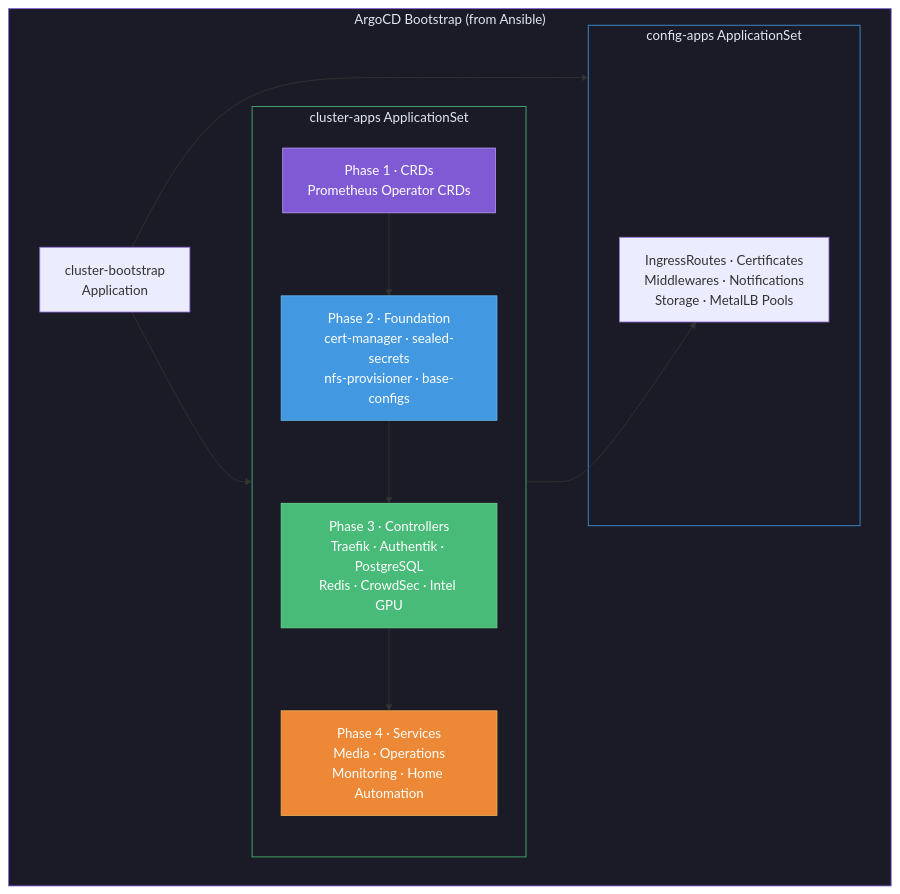
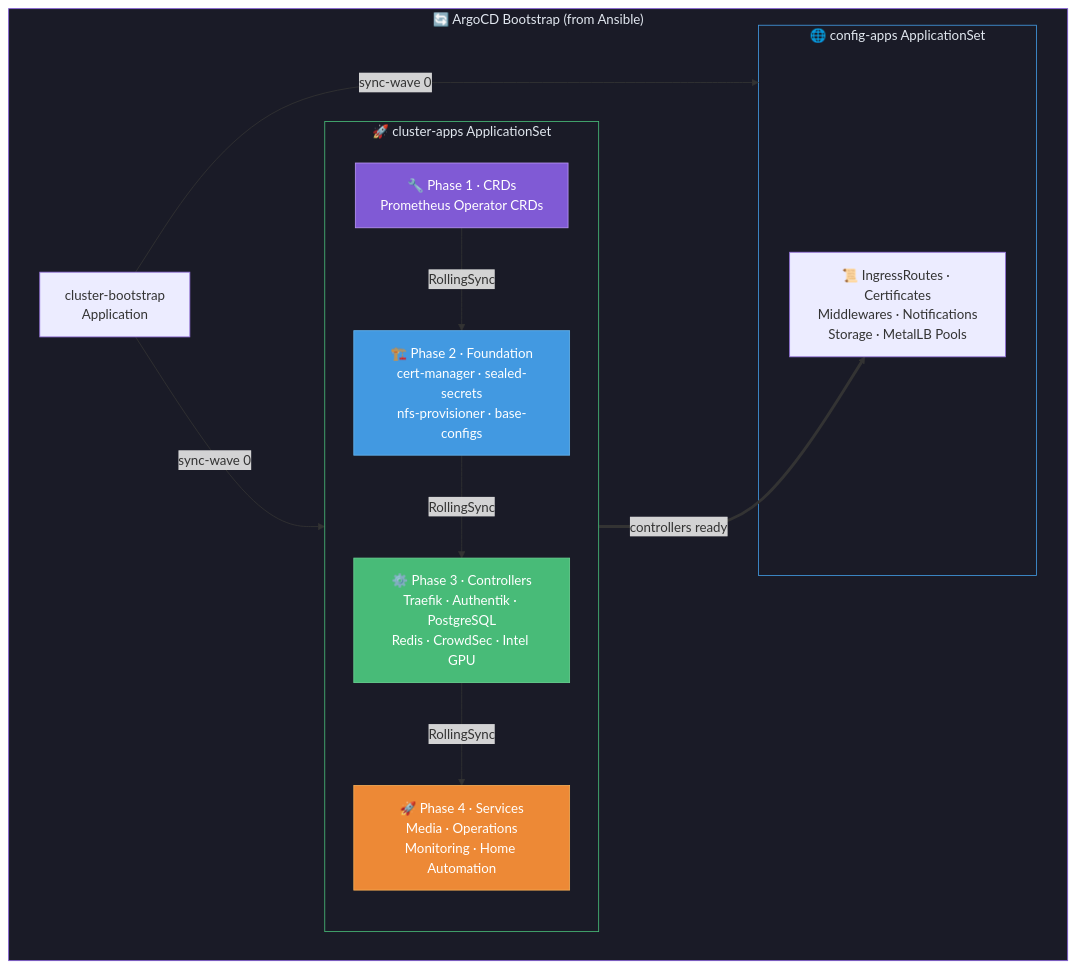
The first of 8 diagrams in README.md (Starktastic-Homelab/apps), drawn with Mermaid before and after one commit. The commit also changed other lines of this file, not shown here.

Commit message:
docs: upgrade Mermaid diagrams with emojis, new diagram types, and additional flows

````diff
--- a/README.md
+++ b/README.md
@@ -16,30 +16,30 @@
 ```mermaid
 flowchart TB
-    subgraph bootstrap["ArgoCD Bootstrap (from Ansible)"]
-        App["cluster-bootstrap\nApplication"] --> AppSets
-        App --> ConfigSets
+    subgraph bootstrap["🔄 ArgoCD Bootstrap (from Ansible)"]
+        App["cluster-bootstrap\nApplication"] -- "sync-wave 0" --> AppSets
+        App -- "sync-wave 0" --> ConfigSets
     end
 
-    subgraph AppSets["cluster-apps ApplicationSet"]
+    subgraph AppSets["🚀 cluster-apps ApplicationSet"]
         direction TB
-        P1["Phase 1 · CRDs\nPrometheus Operator CRDs"]
-        P2["Phase 2 · Foundation\ncert-manager · sealed-secrets\nnfs-provisioner · base-configs"]
-        P3["Phase 3 · Controllers\nTraefik · Authentik · PostgreSQL\nRedis · CrowdSec · Intel GPU"]
-        P4["Phase 4 · Services\nMedia · Operations\nMonitoring · Home Automation"]
-        P1 --> P2 --> P3 --> P4
+        P1["🔧 Phase 1 · CRDs\nPrometheus Operator CRDs"]
+        P2["🏗️ Phase 2 · Foundation\ncert-manager · sealed-secrets\nnfs-provisioner · base-configs"]
+        P3["⚙️ Phase 3 · Controllers\nTraefik · Authentik · PostgreSQL\nRedis · CrowdSec · Intel GPU"]
+        P4["🚀 Phase 4 · Services\nMedia · Operations\nMonitoring · Home Automation"]
+        P1 -- "RollingSync" --> P2 -- "RollingSync" --> P3 -- "RollingSync" --> P4
     end
 
-    subgraph ConfigSets["config-apps ApplicationSet"]
-        Configs["IngressRoutes · Certificates\nMiddlewares · Notifications\nStorage · MetalLB Pools"]
+    subgraph ConfigSets["🌐 config-apps ApplicationSet"]
+        Configs["📜 IngressRoutes · Certificates\nMiddlewares · Notifications\nStorage · MetalLB Pools"]
     end
 
-    P3 --> Configs
+    P3 == "controllers ready" ==> Configs
 
     style bootstrap fill:#1a1b27,stroke:#805ad5,color:#e2e8f0
     style AppSets fill:#1a1b27,stroke:#48bb78,color:#e2e8f0
     style ConfigSets fill:#1a1b27,stroke:#4299e1,color:#e2e8f0
     style P1 fill:#805ad5,stroke:#b794f4,color:#fff
     style P2 fill:#4299e1,stroke:#63b3ed,color:#fff
     style P3 fill:#48bb78,stroke:#68d391,color:#fff
     style P4 fill:#ed8936,stroke:#f6ad55,color:#fff
 ```
````
